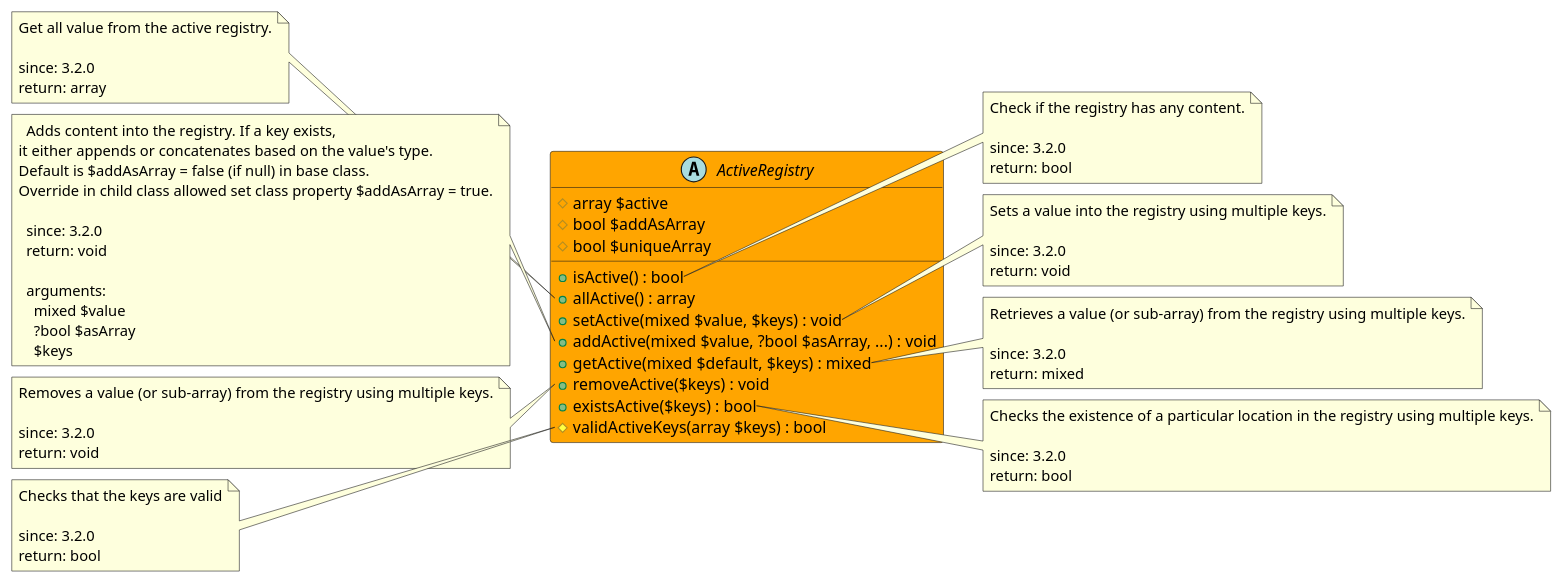
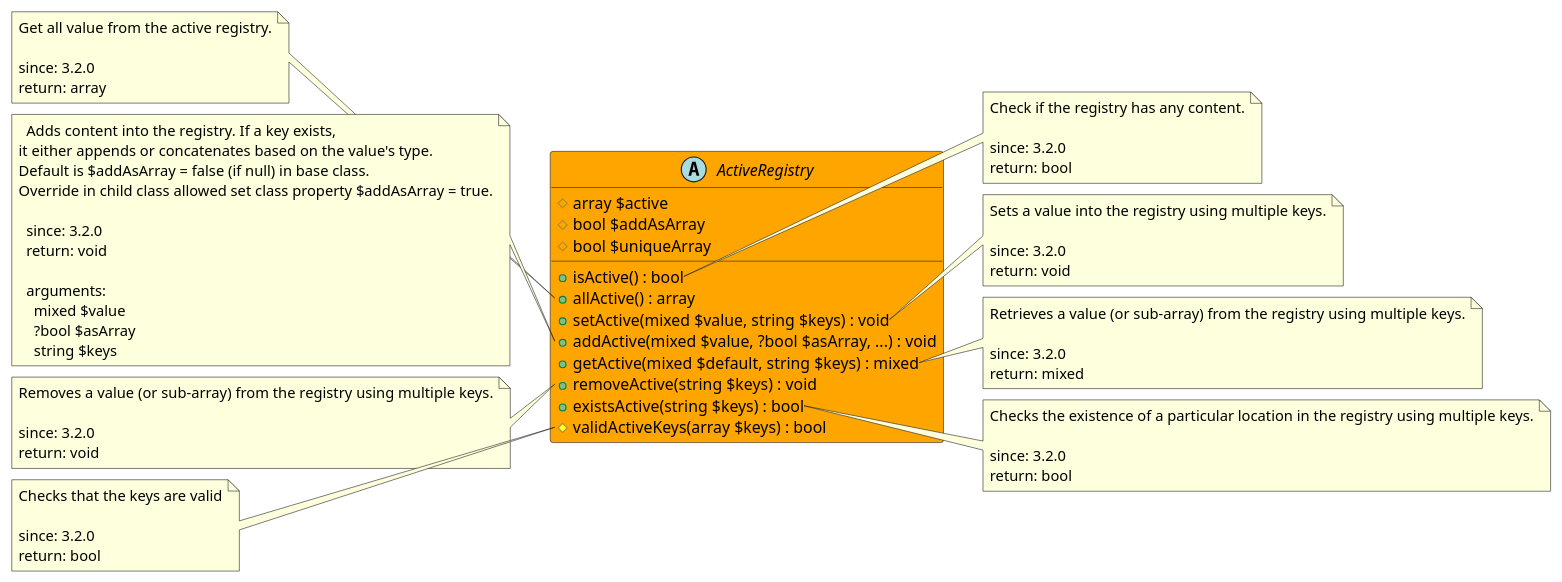
Before and after one commit to joomengine/super-powers: the diagram in src/43134867-5cb8-4280-9be8-309fd2fd135f/README.md, drawn with PlantUML. The commit also changed other lines of this file, not shown here.

Commit message:
Update VDM.Abstraction.ActiveRegistry readme file

```diff
--- a/src/43134867-5cb8-4280-9be8-309fd2fd135f/README.md
+++ b/src/43134867-5cb8-4280-9be8-309fd2fd135f/README.md
@@ -11,11 +11,11 @@
   # bool $uniqueArray
   + isActive() : bool
   + allActive() : array
-  + setActive(mixed $value, $keys) : void
+  + setActive(mixed $value, string $keys) : void
   + addActive(mixed $value, ?bool $asArray, ...) : void
-  + getActive(mixed $default, $keys) : mixed
-  + removeActive($keys) : void
-  + existsActive($keys) : bool
+  + getActive(mixed $default, string $keys) : mixed
+  + removeActive(string $keys) : void
+  + existsActive(string $keys) : bool
   # validActiveKeys(array $keys) : bool
 }
 
@@ -52,7 +52,7 @@
   arguments:
     mixed $value
     ?bool $asArray
-    $keys
+    string $keys
 end note
 
 note right of ActiveRegistry::getActive
```
